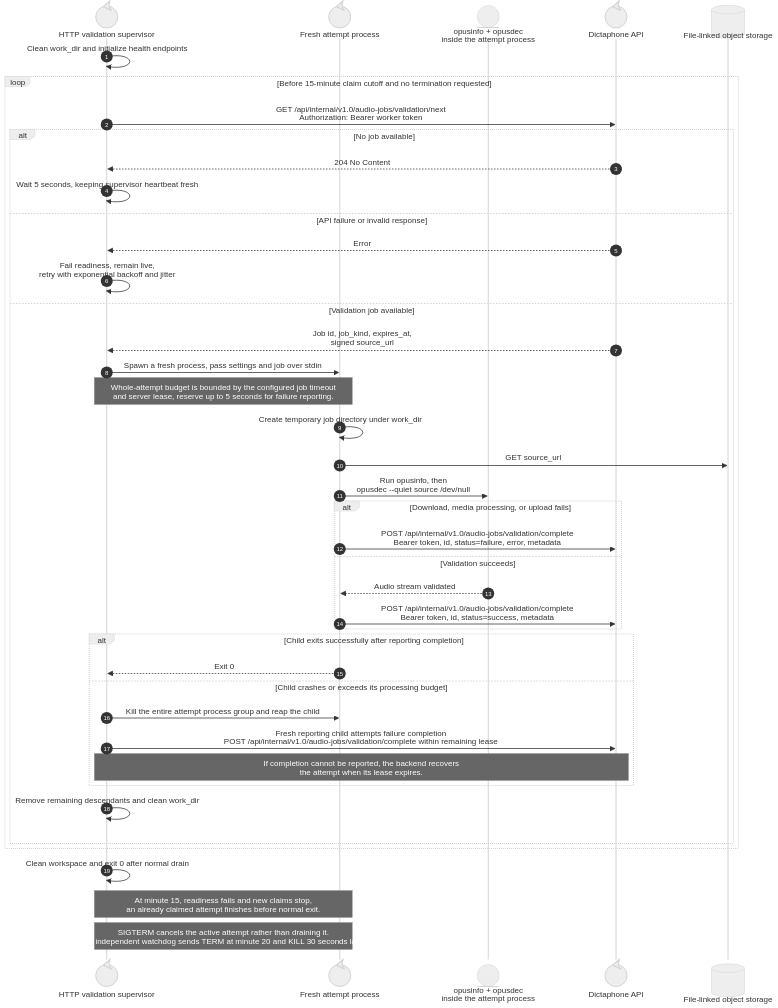
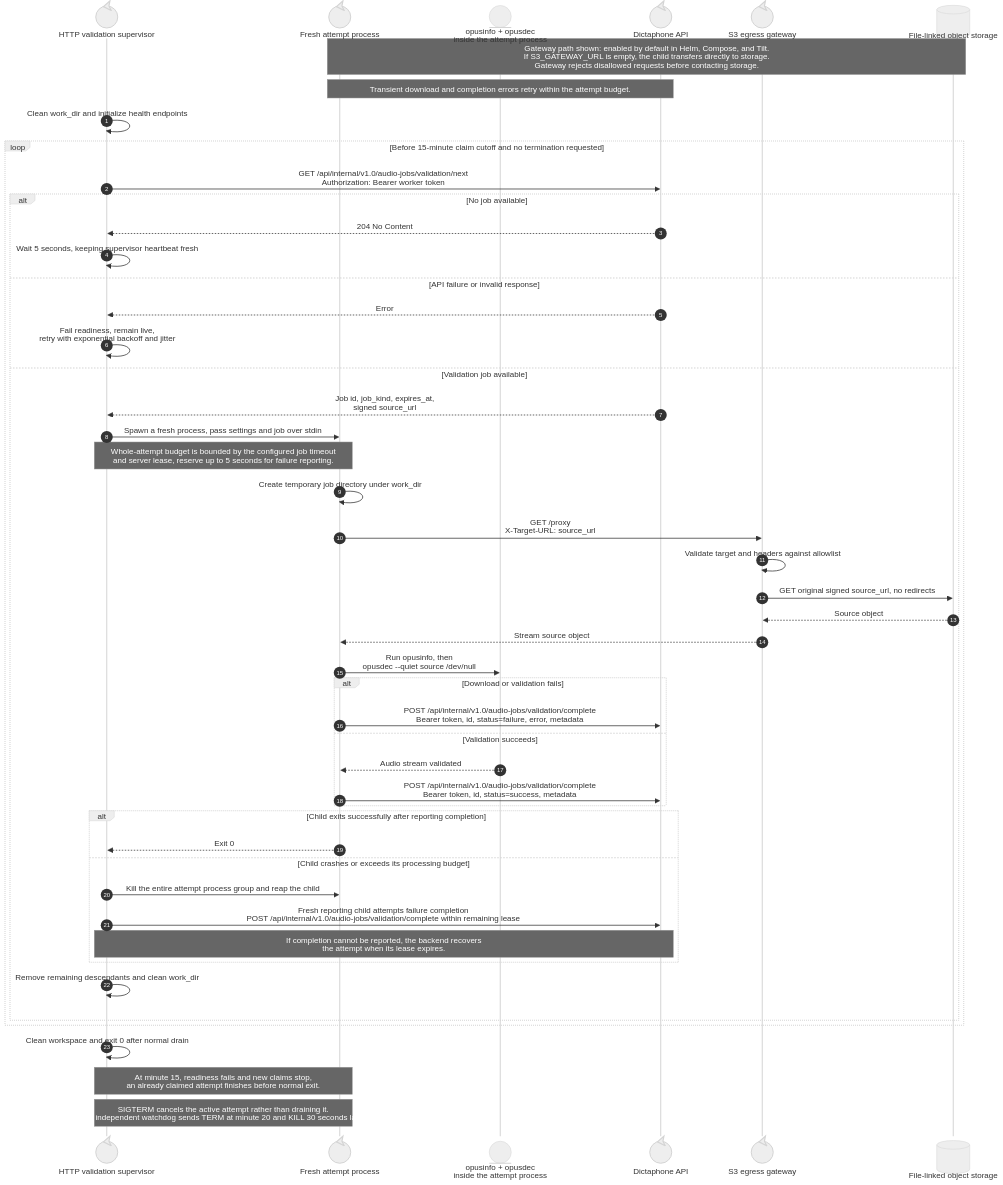
The diagram in docs/diagrams/audio-validation-worker-sequence.mmd (suitenumerique/dictaphone), drawn with Mermaid (neutral theme) before and after one commit. The commit also changed 4 other files, not shown here.

Commit message:
📝(diagrams) updated diagrams with the new s3 gateway that was introduced

```diff
--- a/docs/diagrams/audio-validation-worker-sequence.mmd
+++ b/docs/diagrams/audio-validation-worker-sequence.mmd
@@ -1,44 +1,52 @@
 sequenceDiagram
     autonumber
     participant Worker@{ "type": "control" } as HTTP validation supervisor
     participant Child@{ "type": "control" } as Fresh attempt process
     participant Validators@{ "type": "entity" } as opusinfo + opusdec<br/>inside the attempt process
     participant API@{ "type": "control" } as Dictaphone API
+    participant Gateway@{ "type": "control" } as S3 egress gateway
     participant FileStore@{ "type": "database" } as File-linked object storage
+
+    Note over Child,FileStore: Gateway path shown: enabled by default in Helm, Compose, and Tilt.<br/>If S3_GATEWAY_URL is empty, the child transfers directly to storage.<br/>Gateway rejects disallowed requests before contacting storage.
+    Note over Child,API: Transient download and completion errors retry within the attempt budget.
 
     Worker->>Worker: Clean work_dir and initialize health endpoints
     loop Before 15-minute claim cutoff and no termination requested
         Worker->>API: GET /api/internal/v1.0/audio-jobs/validation/next<br/>Authorization: Bearer worker token
         alt No job available
             API-->>Worker: 204 No Content
             Worker->>Worker: Wait 5 seconds, keeping supervisor heartbeat fresh
         else API failure or invalid response
             API-->>Worker: Error
             Worker->>Worker: Fail readiness, remain live,<br/>retry with exponential backoff and jitter
         else Validation job available
             API-->>Worker: Job id, job_kind, expires_at,<br/>signed source_url
             Worker->>Child: Spawn a fresh process, pass settings and job over stdin
             Note over Worker,Child: Whole-attempt budget is bounded by the configured job timeout<br/>and server lease, reserve up to 5 seconds for failure reporting.
             Child->>Child: Create temporary job directory under work_dir
-            Child->>FileStore: GET source_url
+            Child->>Gateway: GET /proxy<br/>X-Target-URL: source_url
+            Gateway->>Gateway: Validate target and headers against allowlist
+            Gateway->>FileStore: GET original signed source_url, no redirects
+            FileStore-->>Gateway: Source object
+            Gateway-->>Child: Stream source object
             Child->>Validators: Run opusinfo, then<br/>opusdec --quiet source /dev/null
-            alt Download, media processing, or upload fails
+            alt Download or validation fails
                 Child->>API: POST /api/internal/v1.0/audio-jobs/validation/complete<br/>Bearer token, id, status=failure, error, metadata
             else Validation succeeds
                 Validators-->>Child: Audio stream validated
                 Child->>API: POST /api/internal/v1.0/audio-jobs/validation/complete<br/>Bearer token, id, status=success, metadata
             end
             alt Child exits successfully after reporting completion
                 Child-->>Worker: Exit 0
             else Child crashes or exceeds its processing budget
                 Worker->>Child: Kill the entire attempt process group and reap the child
                 Worker->>API: Fresh reporting child attempts failure completion<br/>POST /api/internal/v1.0/audio-jobs/validation/complete within remaining lease
                 Note over Worker,API: If completion cannot be reported, the backend recovers<br/>the attempt when its lease expires.
             end
             Worker->>Worker: Remove remaining descendants and clean work_dir
         end
     end
     Worker->>Worker: Clean workspace and exit 0 after normal drain
 
     Note over Worker,Child: At minute 15, readiness fails and new claims stop,<br/>an already claimed attempt finishes before normal exit.
     Note over Worker,Child: SIGTERM cancels the active attempt rather than draining it.<br/>The independent watchdog sends TERM at minute 20 and KILL 30 seconds later.
```
